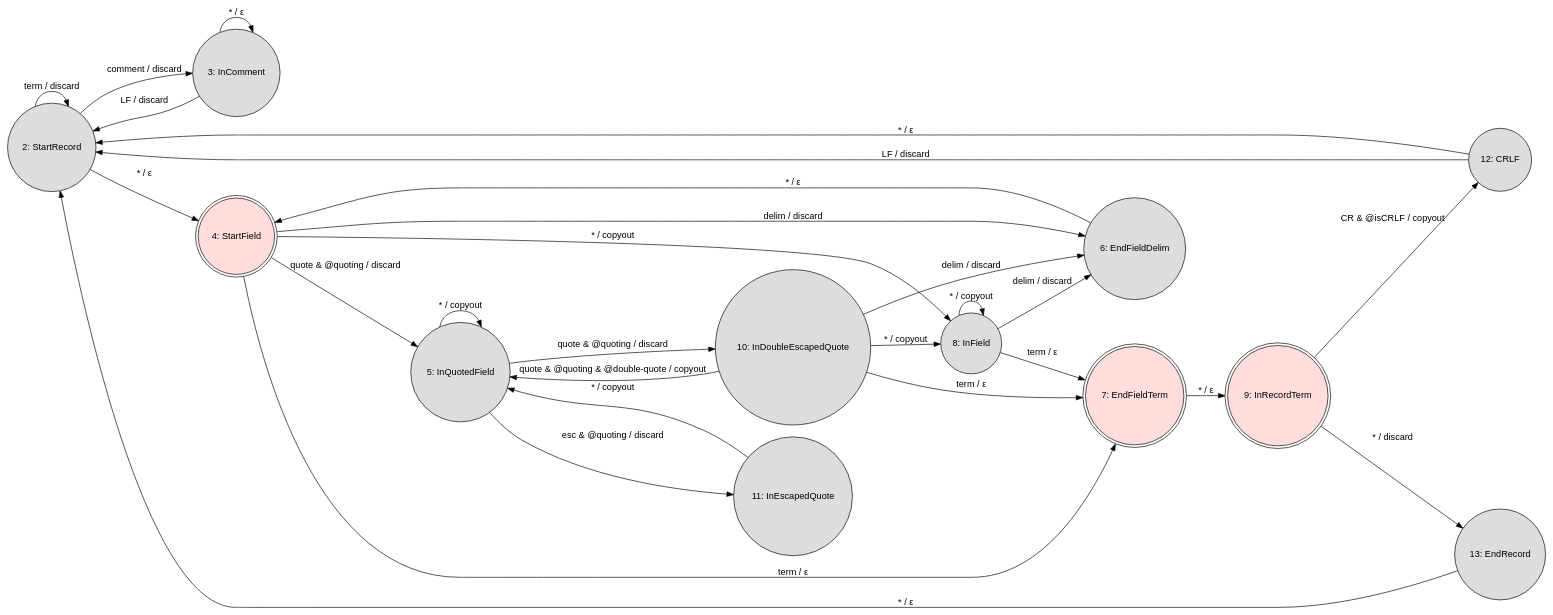
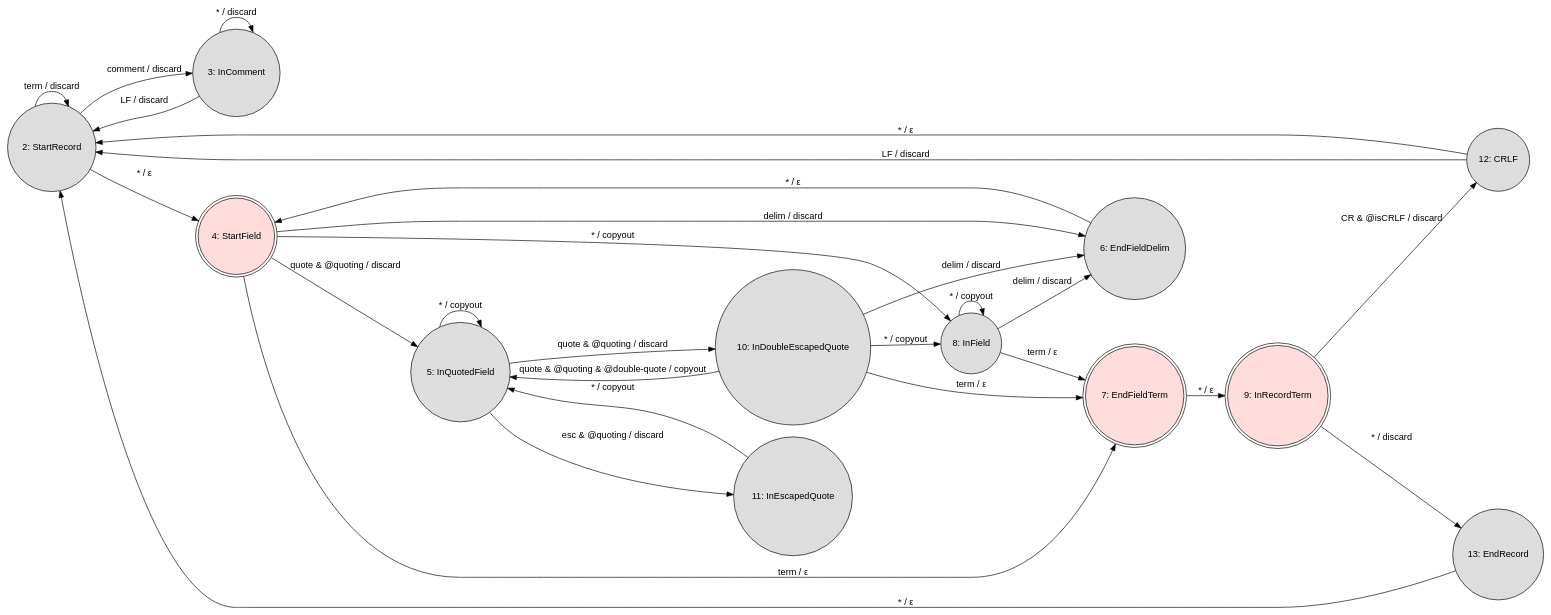
The diagram in csv.dot (shreeve/censive), drawn with Graphviz before and after one commit.

Commit message:
Fix two bugs

```diff
--- a/csv.dot
+++ b/csv.dot
@@ -1,60 +1,60 @@
 digraph finite_state_machine {
   fontname="Helvetica,Arial,sans-serif"
   node [fontname="Helvetica,Arial,sans-serif"]
   edge [fontname="Helvetica,Arial,sans-serif"]
   rankdir=LR;
   node [shape = circle, style=filled, fillcolor="#dddddd"];
 
   2  [label="2: StartRecord"];
   3  [label="3: InComment"];
   4  [label="4: StartField", shape=doublecircle, fillcolor="#ffdddd"];
   8  [label="8: InField"];
   5  [label="5: InQuotedField"];
   6  [label="6: EndFieldDelim"];
   7  [label="7: EndFieldTerm", shape=doublecircle, fillcolor="#ffdddd"];
   9  [label="9: InRecordTerm", shape=doublecircle, fillcolor="#ffdddd"];
   11 [label="11: InEscapedQuote"];
   10 [label="10: InDoubleEscapedQuote"];
   12 [label="12: CRLF"];
   13 [label="13: EndRecord"];
 
   2  -> 2  [label="term / discard"];
   2  -> 3  [label="comment / discard"];
   2  -> 4  [label="* / ε"];
 
   3  -> 2  [label="LF / discard"];
-  3  -> 3  [label="* / ε"];
+  3  -> 3  [label="* / discard"];
 
   4  -> 5  [label="quote & @quoting / discard"];
   4  -> 6  [label="delim / discard"];
   4  -> 7  [label="term / ε"]
   4  -> 8  [label="* / copyout"];
 
   5  -> 5  [label="* / copyout"];
   5  -> 10 [label="quote & @quoting / discard"];
   5  -> 11 [label="esc & @quoting / discard"];
 
   6  -> 4  [label="* / ε"];
 
   7  -> 9  [label="* / ε"];
 
   8  -> 6  [label="delim / discard"];
   8  -> 7  [label="term / ε"]
   8  -> 8  [label="* / copyout"];
 
-  9  -> 12 [label="CR & @isCRLF / copyout"];
+  9  -> 12 [label="CR & @isCRLF / discard"];
   9  -> 13 [label="* / discard"];
 
   10 -> 5  [label="quote & @quoting & @double-quote / copyout"];
   10 -> 6  [label="delim / discard"];
   10 -> 7  [label="term / ε"]
   10 -> 8  [label="* / copyout"];
 
   11 -> 5  [label="* / copyout"];
 
   12 -> 2  [label="* / ε"];
   12 -> 2  [label="LF / discard"];
 
   13 -> 2  [label="* / ε"];
 
 }
```
